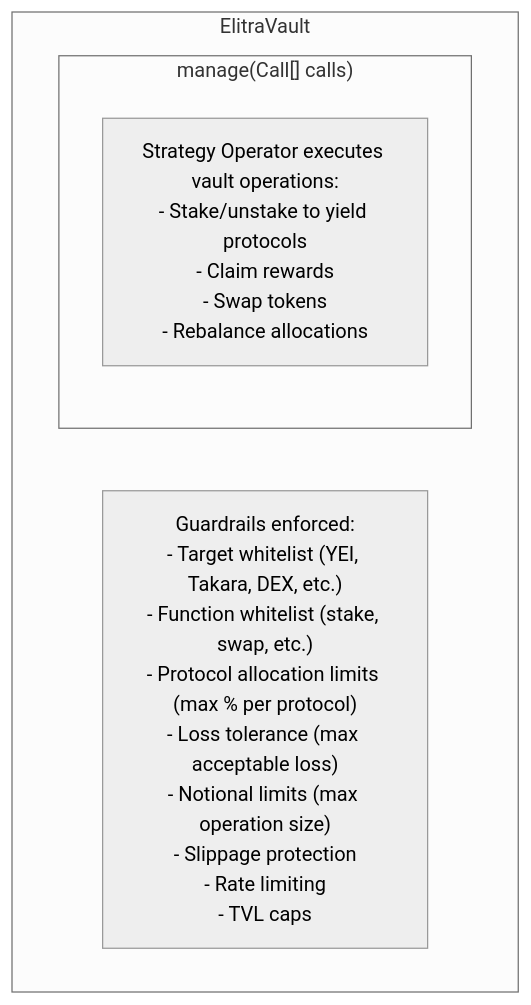
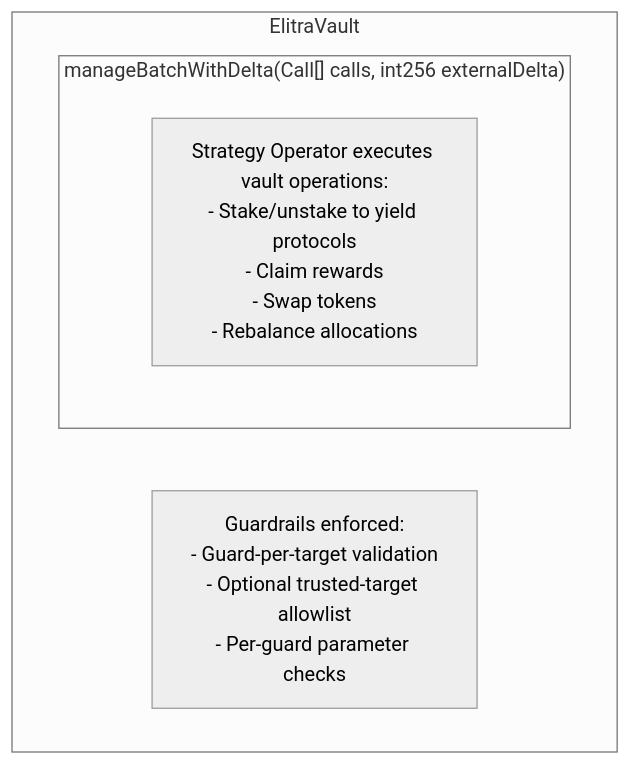
One commit to elitraOS/elitra-core changed the first of 2 diagrams in specs/guardrail.md. Above: the diagram before and after it, drawn with Mermaid (neutral theme). The commit also changed other lines of this file and 28 other files, not shown here.

````diff
--- a/specs/guardrail.md
+++ b/specs/guardrail.md
@@ -22,9 +22,9 @@
 ```mermaid
 flowchart TB
     subgraph Vault["ElitraVault"]
-        subgraph Manage["manage(Call[] calls)"]
+        subgraph Manage["manageBatchWithDelta(Call[] calls, int256 externalDelta)"]
             Ops["Strategy Operator executes vault operations:\n- Stake/unstake to yield protocols\n- Claim rewards\n- Swap tokens\n- Rebalance allocations"]
         end
-        Guards["Guardrails enforced:\n- Target whitelist (YEI, Takara, DEX, etc.)\n- Function whitelist (stake, swap, etc.)\n- Protocol allocation limits (max % per protocol)\n- Loss tolerance (max acceptable loss)\n- Notional limits (max operation size)\n- Slippage protection\n- Rate limiting\n- TVL caps"]
+        Guards["Guardrails enforced:\n- Guard-per-target validation\n- Optional trusted-target allowlist\n- Per-guard parameter checks"]
     end
 ```
````
